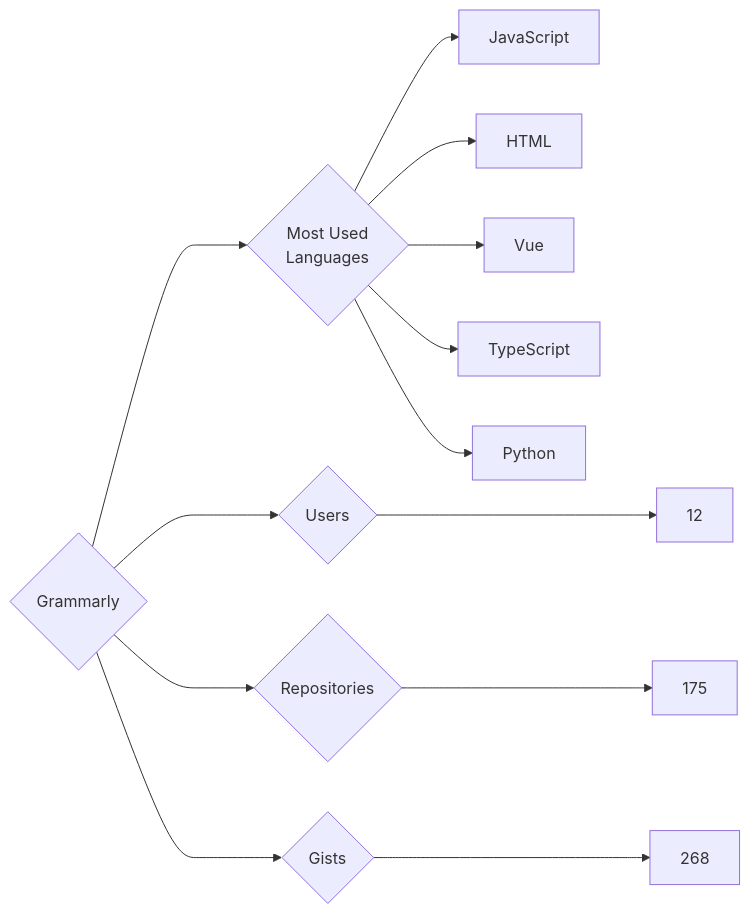
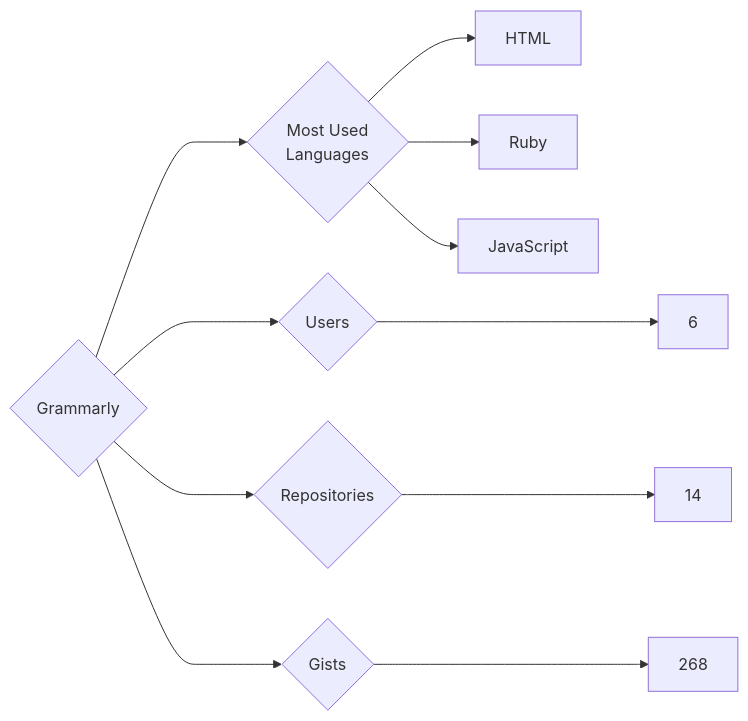
The diagram in targets/Grammarly/README.md (trickest/insiders), drawn with Mermaid before and after one commit. The commit also changed 934 other files, not shown here.

````diff
--- a/targets/Grammarly/README.md
+++ b/targets/Grammarly/README.md
@@ -3,13 +3,11 @@
 ```mermaid
 graph LR
 COMPANY_NAME{Grammarly}
-COMPANY_NAME ---> U{Users} ---> UN[12]
-COMPANY_NAME ---> R{Repositories} ---> RN[175]
+COMPANY_NAME ---> U{Users} ---> UN[6]
+COMPANY_NAME ---> R{Repositories} ---> RN[14]
 COMPANY_NAME ---> G{Gists} ---> GN[268]
 COMPANY_NAME ---> ML{Most Used<br>Languages}
+ML --> HTML[HTML]
+ML --> Ruby[Ruby]
 ML --> JavaScript[JavaScript]
-ML --> HTML[HTML]
-ML --> Vue[Vue]
-ML --> TypeScript[TypeScript]
-ML --> Python[Python]
 ```
````
